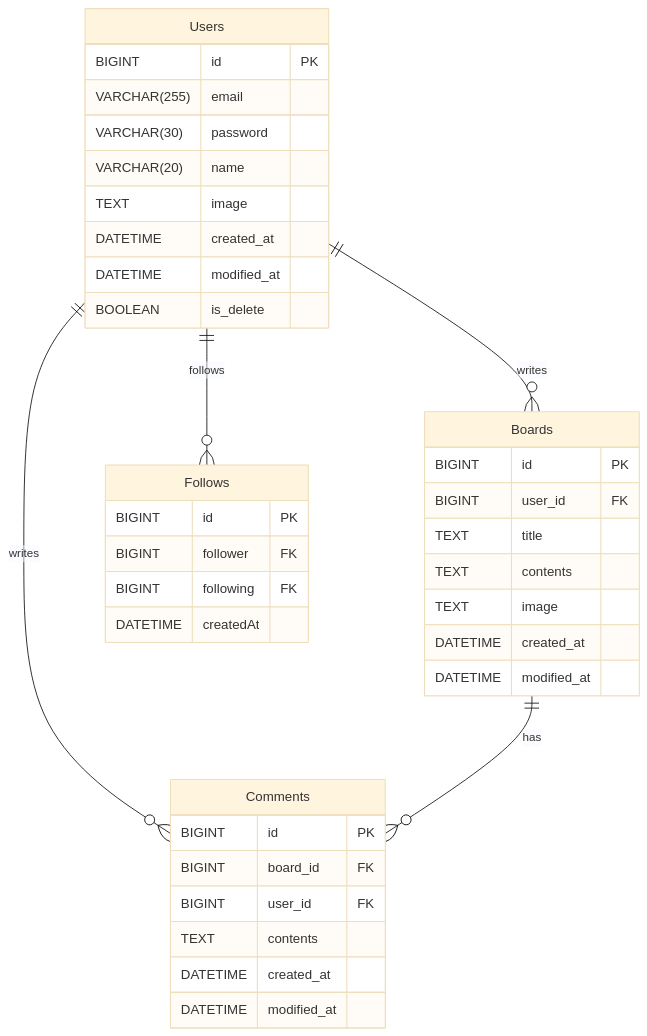
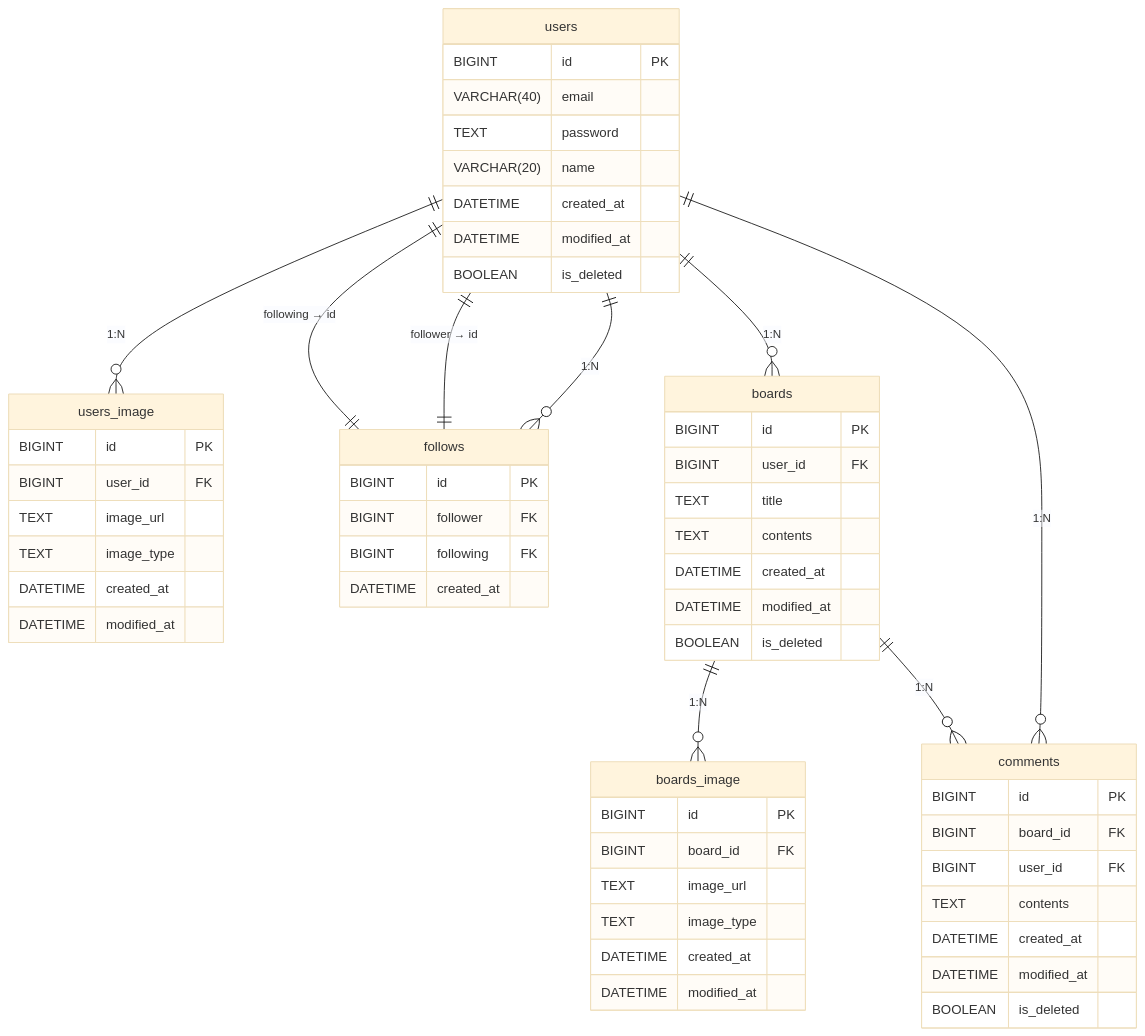
The diagram in README.md (Sparta-Team-20/Newsfeed), drawn with Mermaid (base theme) before and after one commit. The commit also changed other lines of this file and 9 other files, not shown here.

````diff
--- a/README.md
+++ b/README.md
@@ -37,45 +37,70 @@
 ```mermaid
 erDiagram
-    Users {
+    users {
         BIGINT id PK
-        VARCHAR(255) email
-        VARCHAR(30) password
+        VARCHAR(40) email
+        TEXT password
         VARCHAR(20) name
-        TEXT image
         DATETIME created_at
         DATETIME modified_at
-        BOOLEAN is_delete
+        BOOLEAN is_deleted
     }
 
-    Boards {
+    users_image {
+        BIGINT id PK
+        BIGINT user_id FK
+        TEXT image_url
+        TEXT image_type
+        DATETIME created_at
+        DATETIME modified_at
+    }
+
+    follows {
+        BIGINT id PK
+        BIGINT follower FK
+        BIGINT following FK
+        DATETIME created_at
+    }
+
+    boards {
         BIGINT id PK
         BIGINT user_id FK
         TEXT title
         TEXT contents
-        TEXT image
+        DATETIME created_at
+        DATETIME modified_at
+        BOOLEAN is_deleted
+    }
+
+    boards_image {
+        BIGINT id PK
+        BIGINT board_id FK
+        TEXT image_url
+        TEXT image_type
         DATETIME created_at
         DATETIME modified_at
     }
 
-    Comments {
+    comments {
         BIGINT id PK
         BIGINT board_id FK
         BIGINT user_id FK
         TEXT contents
         DATETIME created_at
         DATETIME modified_at
+        BOOLEAN is_deleted
     }
 
-    Follows {
-        BIGINT id PK
-        BIGINT follower FK
-        BIGINT following FK
-        DATETIME createdAt
-    }
+%% 관계 정의
+    users ||--o{ users_image : "1:N"
+    users ||--o{ follows : "1:N"
+    users ||--o{ boards : "1:N"
+    users ||--o{ comments : "1:N"
 
-    Users ||--o{ Boards: "writes"
-    Users ||--o{ Comments: "writes"
-    Boards ||--o{ Comments: "has"
-    Users ||--o{ Follows: "follows"
+    follows ||--|| users : "follower → id"
+    follows ||--|| users : "following → id"
+
+    boards ||--o{ boards_image : "1:N"
+    boards ||--o{ comments : "1:N"
 
 ```
````
